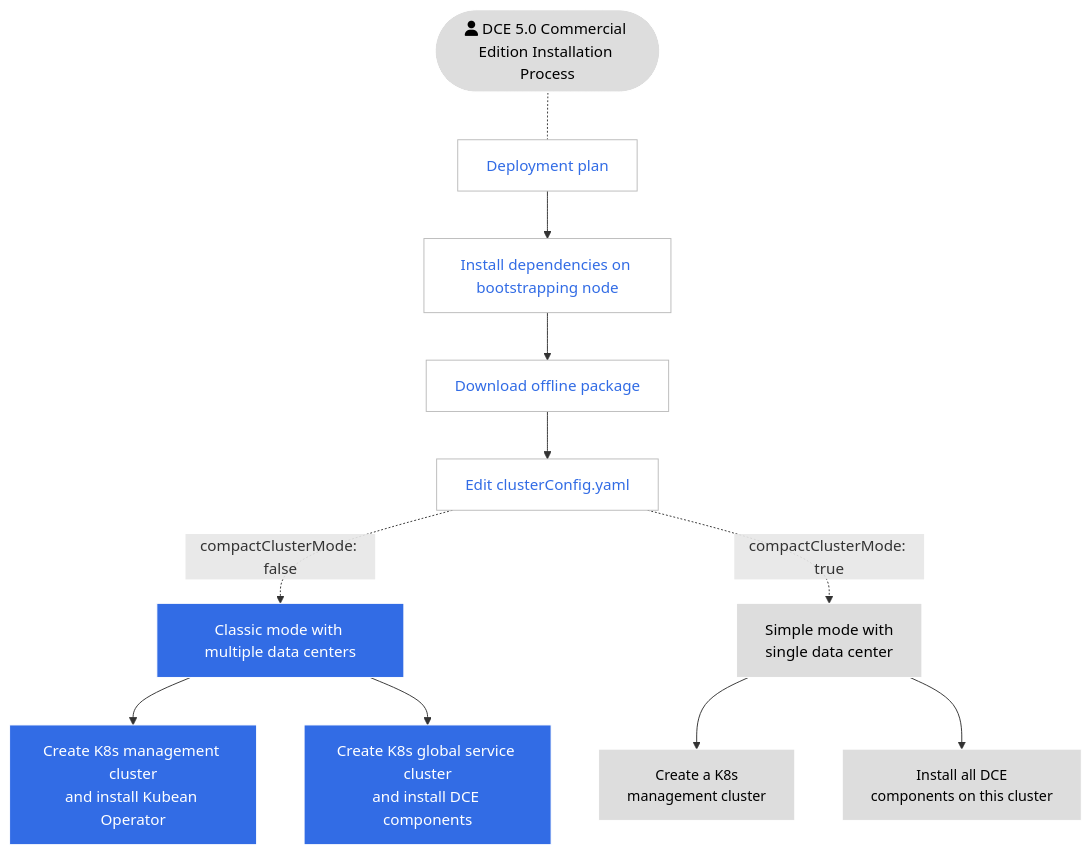
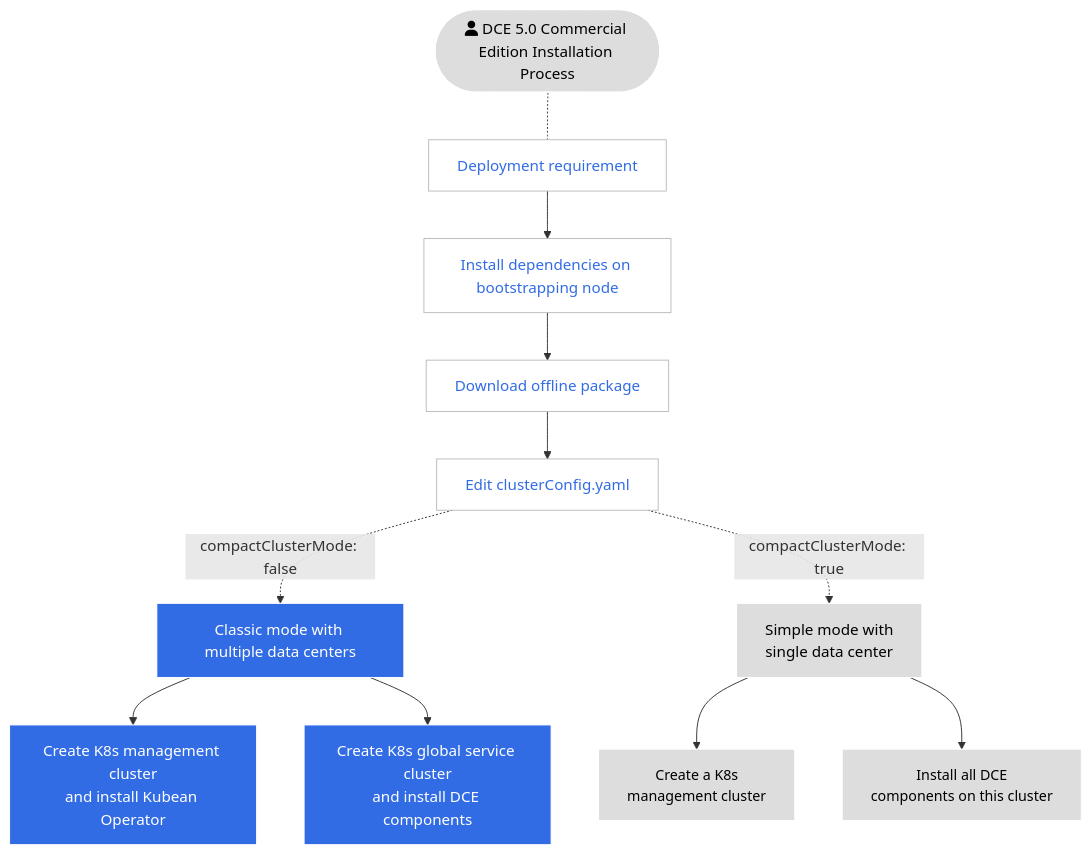
The second of 2 diagrams in docs/en/docs/install/intro.md (DaoCloud/DaoCloud-docs), drawn with Mermaid before and after one commit. The commit also changed 14 other files, not shown here.

Commit message:
rename-deploy-plan

````diff
--- a/docs/en/docs/install/intro.md
+++ b/docs/en/docs/install/intro.md
@@ -78,34 +78,34 @@
 ```mermaid
 flowchart TB
 
-    start([fa:fa-user DCE 5.0 Commercial Edition Installation Process]) -.- deploy[Deployment plan]
+    start([fa:fa-user DCE 5.0 Commercial Edition Installation Process]) -.- deploy[Deployment requirement]
     deploy --> tools[Install dependencies on bootstrapping node]
     tools --> download[Download offline package]
     download --> config[Edit clusterConfig.yaml]
 
     config -.compactClusterMode: false.-> typical[Classic mode with multiple data centers]
     typical --> mng2[Create K8s management cluster<br>and install Kubean Operator]
     typical --> gsc2[Create K8s global service cluster<br>and install DCE components]
 
     config -.compactClusterMode: true.-> simple[Simple mode with<br>single data center]
     simple --> k8s1[Create a K8s<br>management cluster]
     simple --> gsc1[Install all DCE<br>components on this cluster]
 
 classDef grey fill:#dddddd,stroke:#ffffff,stroke-width:1px,color:#000000, font-size:15px;
 classDef white fill:#ffffff,stroke:#000,stroke-width:1px,color:#000,font-weight:bold
 classDef spacewhite fill:#ffffff,stroke:#fff,stroke-width:0px,color:#000
 classDef plain fill:#ddd,stroke:#fff,stroke-width:1px,color:#000;
 classDef k8s fill:#326ce5,stroke:#fff,stroke-width:1px,color:#fff;
 classDef cluster fill:#fff,stroke:#bbb,stroke-width:1px,color:#326ce5;
 
 class deploy,tools,download,config cluster
 class typical,k8s,mng2,gsc2,k8s2 k8s
 class simple,start plain
 class gsc1,k8s1 grey
 
 click deploy "https://docs.daocloud.io/en/install/commercial/deploy-plan/"
 click tools "https://docs.daocloud.io/en/install/install-tools/"
 click download "https://docs.daocloud.io/en/install/commercial/download-file/"
 click config "https://docs.daocloud.io/en/install/commercial/clusterconfig/"
 click typical,simple "https://docs.daocloud.io/en/install/commercial/start-install/"
 ```
````
